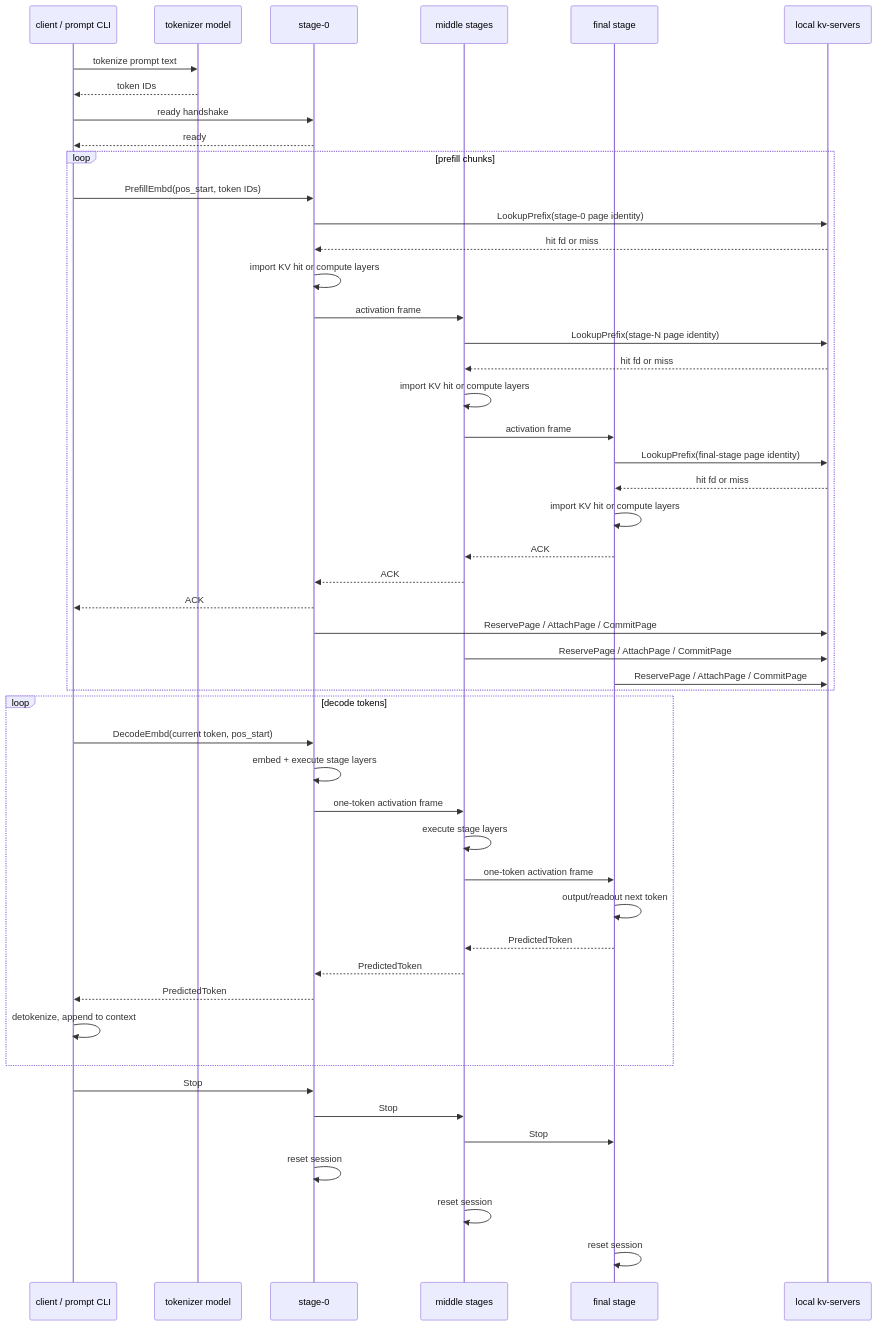
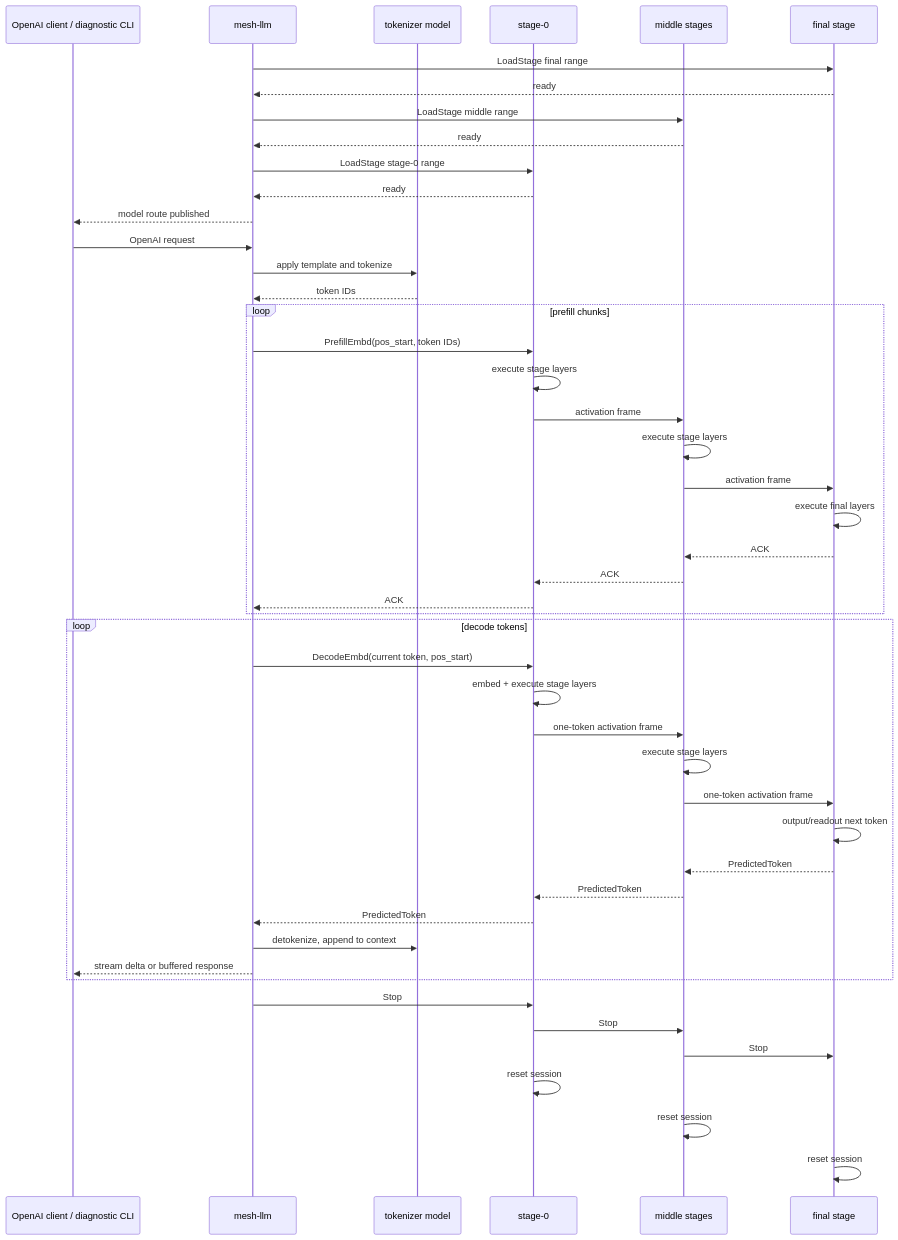
The second of 6 diagrams in docs/SKIPPY_RUNTIME_README.md (michaelneale/mesh-llm), drawn with Mermaid before and after one commit. The commit also changed other lines of this file and 17 other files, not shown here.

````diff
--- a/docs/SKIPPY_RUNTIME_README.md
+++ b/docs/SKIPPY_RUNTIME_README.md
@@ -208,55 +179,54 @@
 ```mermaid
 sequenceDiagram
-    participant C as client / prompt CLI
+    participant C as OpenAI client / diagnostic CLI
+    participant M as mesh-llm
     participant T as tokenizer model
     participant S0 as stage-0
     participant S1 as middle stages
     participant SF as final stage
-    participant K as local kv-servers
 
-    C->>T: tokenize prompt text
-    T-->>C: token IDs
-    C->>S0: ready handshake
-    S0-->>C: ready
+    M->>SF: LoadStage final range
+    SF-->>M: ready
+    M->>S1: LoadStage middle range
+    S1-->>M: ready
+    M->>S0: LoadStage stage-0 range
+    S0-->>M: ready
+    M-->>C: model route published
+
+    C->>M: OpenAI request
+    M->>T: apply template and tokenize
+    T-->>M: token IDs
 
     loop prefill chunks
-        C->>S0: PrefillEmbd(pos_start, token IDs)
-        S0->>K: LookupPrefix(stage-0 page identity)
-        K-->>S0: hit fd or miss
-        S0->>S0: import KV hit or compute layers
+        M->>S0: PrefillEmbd(pos_start, token IDs)
+        S0->>S0: execute stage layers
         S0->>S1: activation frame
-        S1->>K: LookupPrefix(stage-N page identity)
-        K-->>S1: hit fd or miss
-        S1->>S1: import KV hit or compute layers
+        S1->>S1: execute stage layers
         S1->>SF: activation frame
-        SF->>K: LookupPrefix(final-stage page identity)
-        K-->>SF: hit fd or miss
-        SF->>SF: import KV hit or compute layers
+        SF->>SF: execute final layers
         SF-->>S1: ACK
         S1-->>S0: ACK
-        S0-->>C: ACK
-        S0->>K: ReservePage / AttachPage / CommitPage
-        S1->>K: ReservePage / AttachPage / CommitPage
-        SF->>K: ReservePage / AttachPage / CommitPage
+        S0-->>M: ACK
     end
 
     loop decode tokens
-        C->>S0: DecodeEmbd(current token, pos_start)
+        M->>S0: DecodeEmbd(current token, pos_start)
         S0->>S0: embed + execute stage layers
         S0->>S1: one-token activation frame
         S1->>S1: execute stage layers
         S1->>SF: one-token activation frame
         SF->>SF: output/readout next token
         SF-->>S1: PredictedToken
         S1-->>S0: PredictedToken
-        S0-->>C: PredictedToken
-        C->>C: detokenize, append to context
+        S0-->>M: PredictedToken
+        M->>T: detokenize, append to context
+        M-->>C: stream delta or buffered response
     end
 
-    C->>S0: Stop
+    M->>S0: Stop
     S0->>S1: Stop
     S1->>SF: Stop
     S0->>S0: reset session
     S1->>S1: reset session
     SF->>SF: reset session
 ```
````
